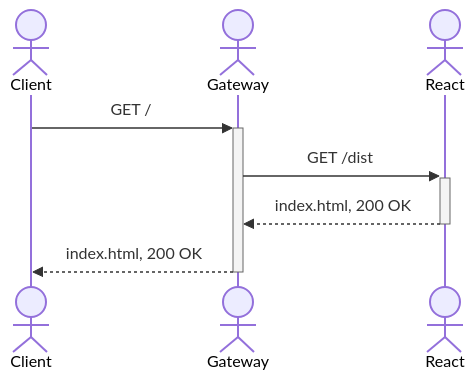
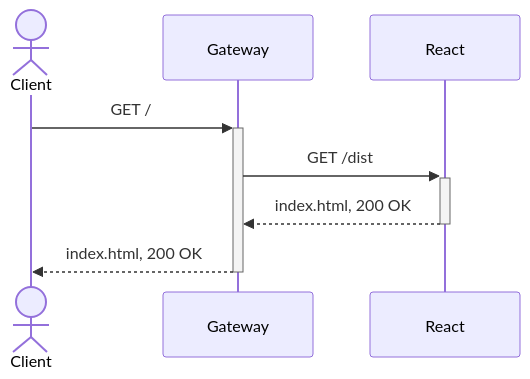
One commit to vanvuongngo/platformatic-workshop changed the diagram in README.md. Above: the diagram before and after it, drawn with Mermaid.

````diff
--- a/README.md
+++ b/README.md
@@ -22,10 +22,10 @@
 ```mermaid
 sequenceDiagram
   actor Client
-  actor Gateway
-  actor React
+  participant Gateway
+  participant React
   Client->>+Gateway: GET /
   Gateway->>+React: GET /dist
   React-->>-Gateway: index.html, 200 OK
   Gateway-->>-Client: index.html, 200 OK
 ```
````
